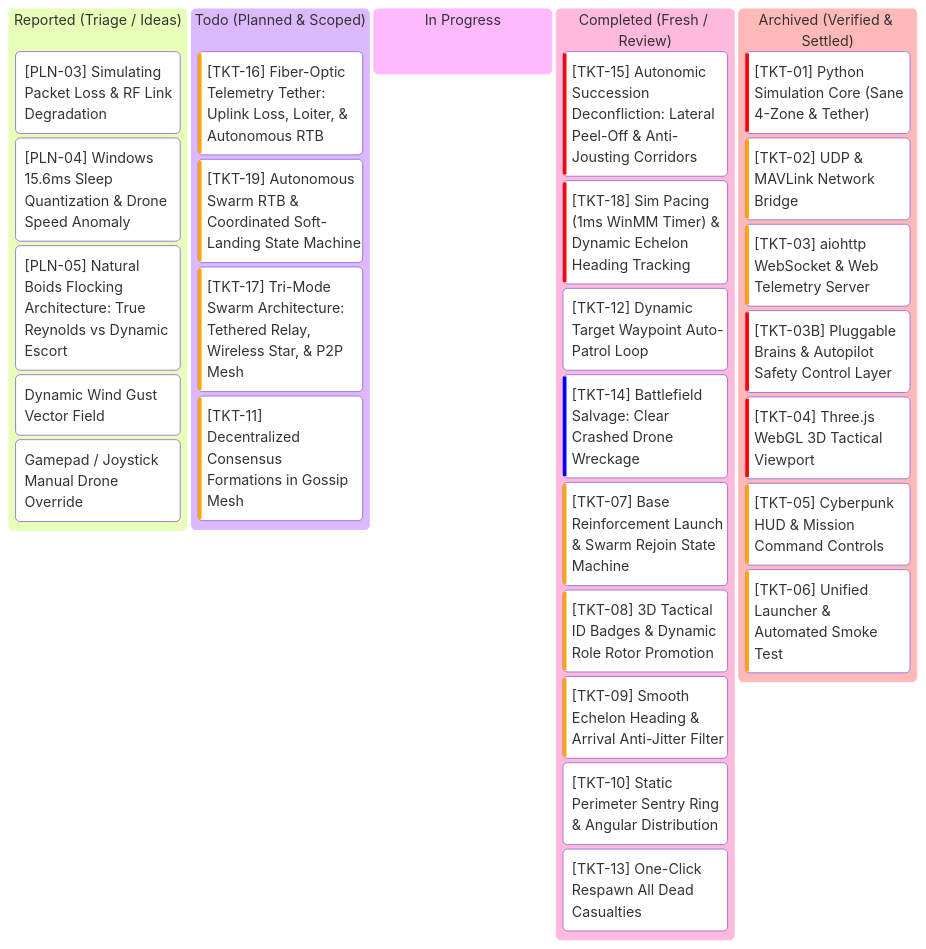
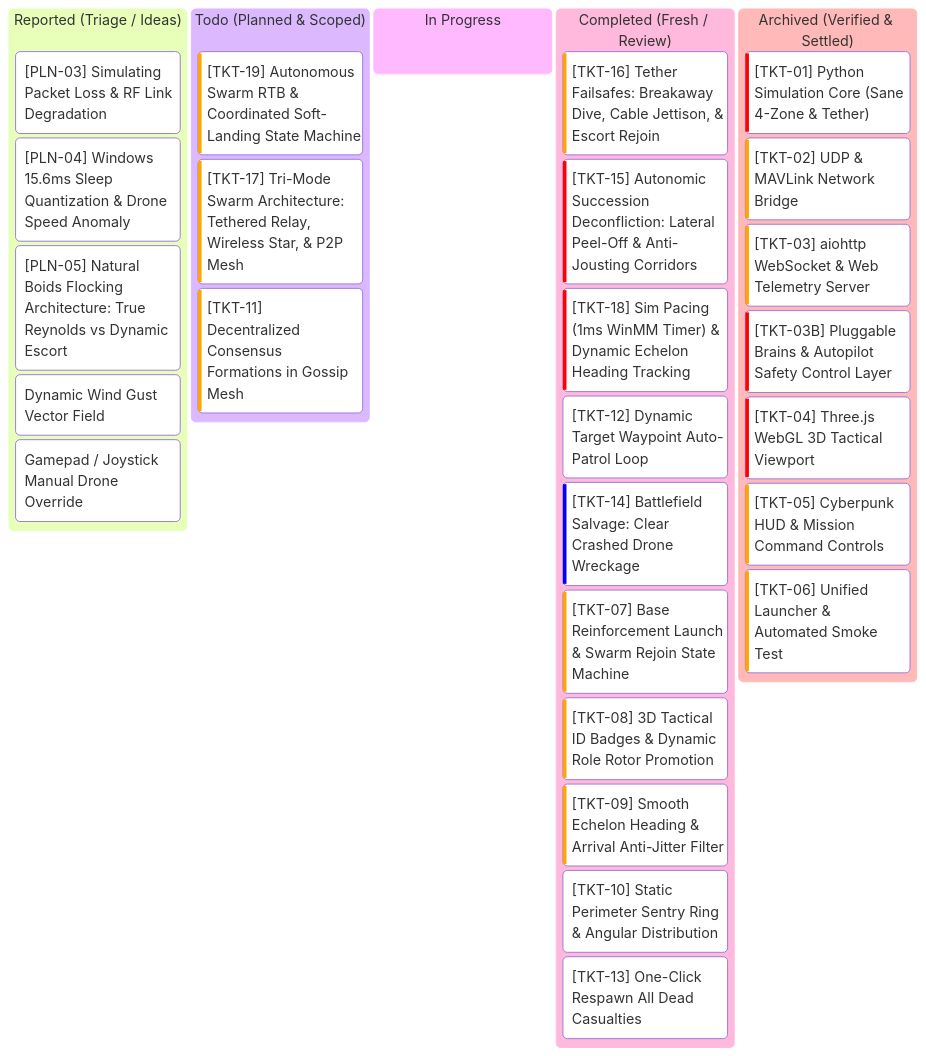
The diagram in kanban.md (AlitheiaDeus/SwarmTech_v3-Uprising), drawn with Mermaid before and after one commit. The commit also changed other lines of this file and 9 other files, not shown here.

Commit message:
feat(tether): implement TKT-16 tether failsafes, breakaway dive, cable purge, escort rejoin, and Doctrine A loiter

````diff
--- a/kanban.md
+++ b/kanban.md
@@ -7,33 +7,33 @@
 ```mermaid
 kanban
   reported["Reported (Triage / Ideas)"]
     pln3["[PLN-03] Simulating Packet Loss & RF Link Degradation"]
     pln4["[PLN-04] Windows 15.6ms Sleep Quantization & Drone Speed Anomaly"]
     pln5["[PLN-05] Natural Boids Flocking Architecture: True Reynolds vs Dynamic Escort"]
     idea1["Dynamic Wind Gust Vector Field"]
     idea2["Gamepad / Joystick Manual Drone Override"]
   todo["Todo (Planned & Scoped)"]
-    tkt16["[TKT-16] Fiber-Optic Telemetry Tether: Uplink Loss, Loiter, & Autonomous RTB"]@{ priority: 'High' }
     tkt19["[TKT-19] Autonomous Swarm RTB & Coordinated Soft-Landing State Machine"]@{ priority: 'High' }
     tkt17["[TKT-17] Tri-Mode Swarm Architecture: Tethered Relay, Wireless Star, & P2P Mesh"]@{ priority: 'High' }
     tkt11["[TKT-11] Decentralized Consensus Formations in Gossip Mesh"]@{ priority: 'High' }
   in_progress["In Progress"]
   completed["Completed (Fresh / Review)"]
+    tkt16["[TKT-16] Tether Failsafes: Breakaway Dive, Cable Jettison, & Escort Rejoin"]@{ priority: 'High' }
     tkt15["[TKT-15] Autonomic Succession Deconfliction: Lateral Peel-Off & Anti-Jousting Corridors"]@{ priority: 'Very High' }
     tkt18["[TKT-18] Sim Pacing (1ms WinMM Timer) & Dynamic Echelon Heading Tracking"]@{ priority: 'Very High' }
     tkt12["[TKT-12] Dynamic Target Waypoint Auto-Patrol Loop"]@{ priority: 'Medium' }
     tkt14["[TKT-14] Battlefield Salvage: Clear Crashed Drone Wreckage"]@{ priority: 'Low' }
     tkt7["[TKT-07] Base Reinforcement Launch & Swarm Rejoin State Machine"]@{ priority: 'High' }
     tkt8["[TKT-08] 3D Tactical ID Badges & Dynamic Role Rotor Promotion"]@{ priority: 'High' }
     tkt9["[TKT-09] Smooth Echelon Heading & Arrival Anti-Jitter Filter"]@{ priority: 'High' }
     tkt10["[TKT-10] Static Perimeter Sentry Ring & Angular Distribution"]@{ priority: 'Medium' }
     tkt13["[TKT-13] One-Click Respawn All Dead Casualties"]@{ priority: 'Medium' }
   archived["Archived (Verified & Settled)"]
     tkt1["[TKT-01] Python Simulation Core (Sane 4-Zone & Tether)"]@{ priority: 'Very High' }
     tkt2["[TKT-02] UDP & MAVLink Network Bridge"]@{ priority: 'High' }
     tkt3["[TKT-03] aiohttp WebSocket & Web Telemetry Server"]@{ priority: 'High' }
     tkt3b["[TKT-03B] Pluggable Brains & Autopilot Safety Control Layer"]@{ priority: 'Very High' }
     tkt4["[TKT-04] Three.js WebGL 3D Tactical Viewport"]@{ priority: 'Very High' }
     tkt5["[TKT-05] Cyberpunk HUD & Mission Command Controls"]@{ priority: 'High' }
     tkt6["[TKT-06] Unified Launcher & Automated Smoke Test"]@{ priority: 'High' }
 ```
````
